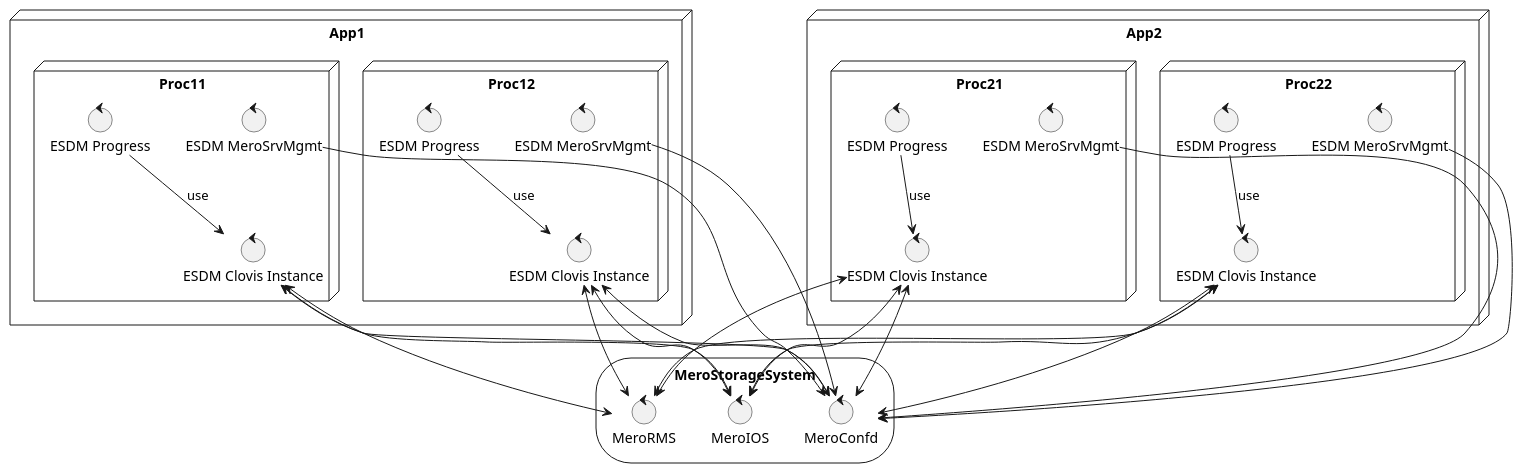
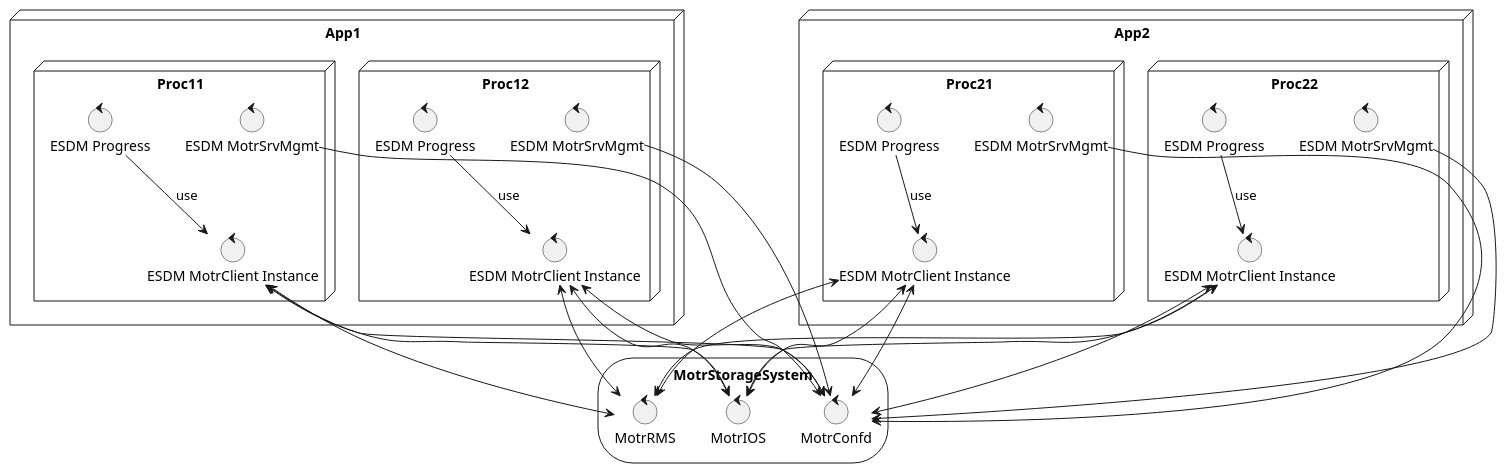
The diagram in doc/assets/esdm-backends/mero/process.pu (ESiWACE/esdm), drawn with PlantUML before and after one commit. The commit also changed 17 other files, not shown here.

Commit message:
backends: update code from Mero Clovis to Motr Client

```diff
--- a/doc/assets/esdm-backends/mero/process.pu
+++ b/doc/assets/esdm-backends/mero/process.pu
@@ -1,64 +1,64 @@
 @startuml
 
 node App1 {
 	node Proc11 {
 	control "ESDM Progress" as progress11
-	control "ESDM Clovis Instance" as clovis11
-	control "ESDM MeroSrvMgmt" as mgmt11
+	control "ESDM MotrClient Instance" as clovis11
+	control "ESDM MotrSrvMgmt" as mgmt11
 	}
 
 	node Proc12 {
 	control "ESDM Progress" as progress12
-	control "ESDM Clovis Instance" as clovis12
-	control "ESDM MeroSrvMgmt" as mgmt12
+	control "ESDM MotrClient Instance" as clovis12
+	control "ESDM MotrSrvMgmt" as mgmt12
 	}
 }
 
 progress11 --> clovis11 : use
 progress12 --> clovis12 : use
 
 node App2 {
 	node Proc21 {
 	control "ESDM Progress" as progress21
-	control "ESDM Clovis Instance" as clovis21
-	control "ESDM MeroSrvMgmt" as mgmt21
+	control "ESDM MotrClient Instance" as clovis21
+	control "ESDM MotrSrvMgmt" as mgmt21
 	}
 
 	node Proc22 {
 	control "ESDM Progress" as progress22
-	control "ESDM Clovis Instance" as clovis22
-	control "ESDM MeroSrvMgmt" as mgmt22
+	control "ESDM MotrClient Instance" as clovis22
+	control "ESDM MotrSrvMgmt" as mgmt22
 	}
 }
 progress21 --> clovis21 : use
 progress22 --> clovis22 : use
 
-storage MeroStorageSystem {
-	control MeroConfd
-	control MeroRMS
-	control MeroIOS
+storage MotrStorageSystem {
+	control MotrConfd
+	control MotrRMS
+	control MotrIOS
 }
 
-clovis11 <--> MeroConfd
-clovis11 <--> MeroRMS
-clovis11 <--> MeroIOS
+clovis11 <--> MotrConfd
+clovis11 <--> MotrRMS
+clovis11 <--> MotrIOS
 
-clovis12 <--> MeroConfd
-clovis12 <--> MeroRMS
-clovis12 <--> MeroIOS
+clovis12 <--> MotrConfd
+clovis12 <--> MotrRMS
+clovis12 <--> MotrIOS
 
-clovis21 <--> MeroConfd
-clovis21 <--> MeroRMS
-clovis21 <--> MeroIOS
+clovis21 <--> MotrConfd
+clovis21 <--> MotrRMS
+clovis21 <--> MotrIOS
 
 
-clovis22 <--> MeroConfd
-clovis22 <--> MeroRMS
-clovis22 <--> MeroIOS
+clovis22 <--> MotrConfd
+clovis22 <--> MotrRMS
+clovis22 <--> MotrIOS
 
-mgmt11 --> MeroConfd
-mgmt12 --> MeroConfd
-mgmt21 --> MeroConfd
-mgmt22 --> MeroConfd
+mgmt11 --> MotrConfd
+mgmt12 --> MotrConfd
+mgmt21 --> MotrConfd
+mgmt22 --> MotrConfd
 
 @enduml
```
